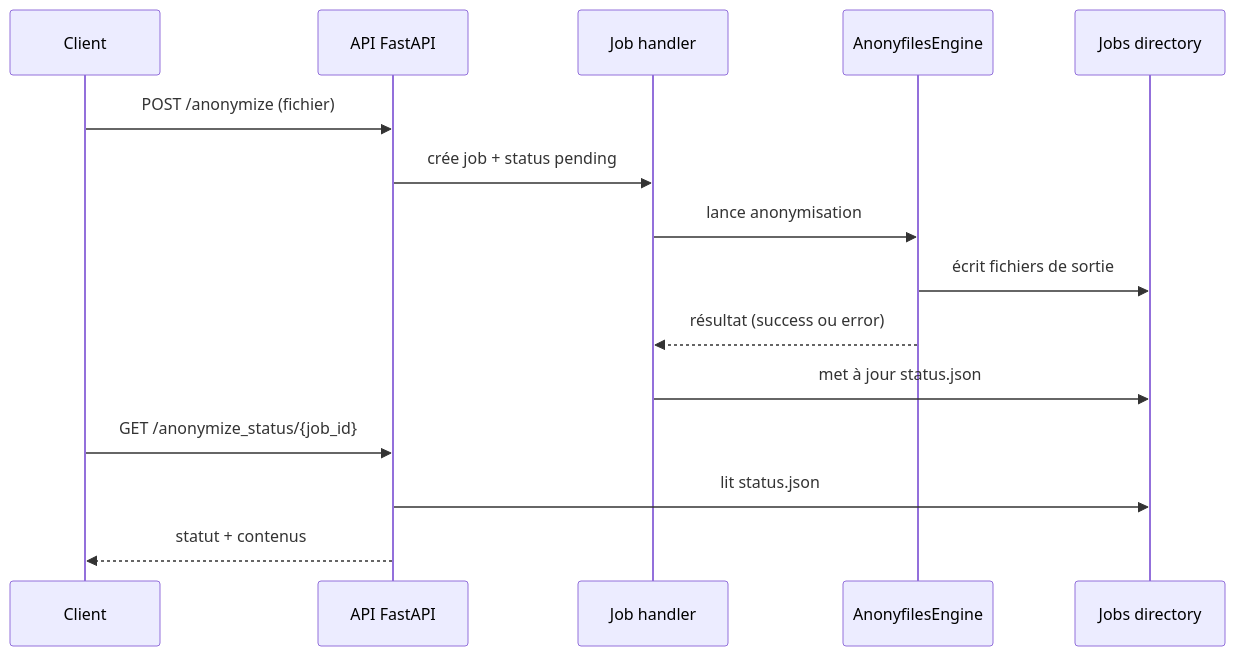
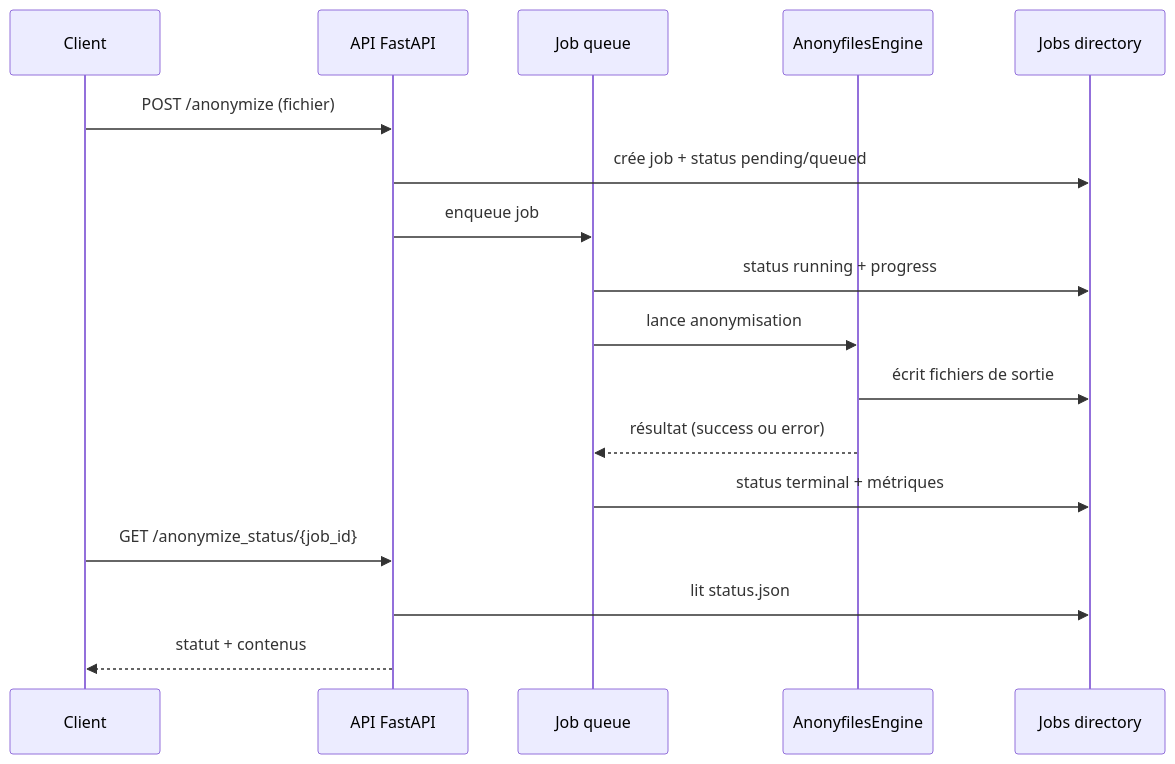
One commit to simongrossi/anonyfiles changed the first of 2 diagrams in docs/request_flow.md. Above: the diagram before and after it, drawn with Mermaid. The commit also changed other lines of this file and 14 other files, not shown here.

First line of the commit message:
feat(api): robust in-process job queue + docs

````diff
--- a/docs/request_flow.md
+++ b/docs/request_flow.md
@@ -30,18 +31,20 @@
 ```mermaid
 sequenceDiagram
     participant C as Client
     participant A as API FastAPI
-    participant J as Job handler
+    participant J as Job queue
     participant E as AnonyfilesEngine
     participant F as Jobs directory
 
     C->>A: POST /anonymize (fichier)
-    A->>J: crée job + status pending
+    A->>F: crée job + status pending/queued
+    A->>J: enqueue job
+    J->>F: status running + progress
     J->>E: lance anonymisation
     E->>F: écrit fichiers de sortie
     E-->>J: résultat (success ou error)
-    J->>F: met à jour status.json
+    J->>F: status terminal + métriques
     C->>A: GET /anonymize_status/{job_id}
     A->>F: lit status.json
     A-->>C: statut + contenus
 ```
````
